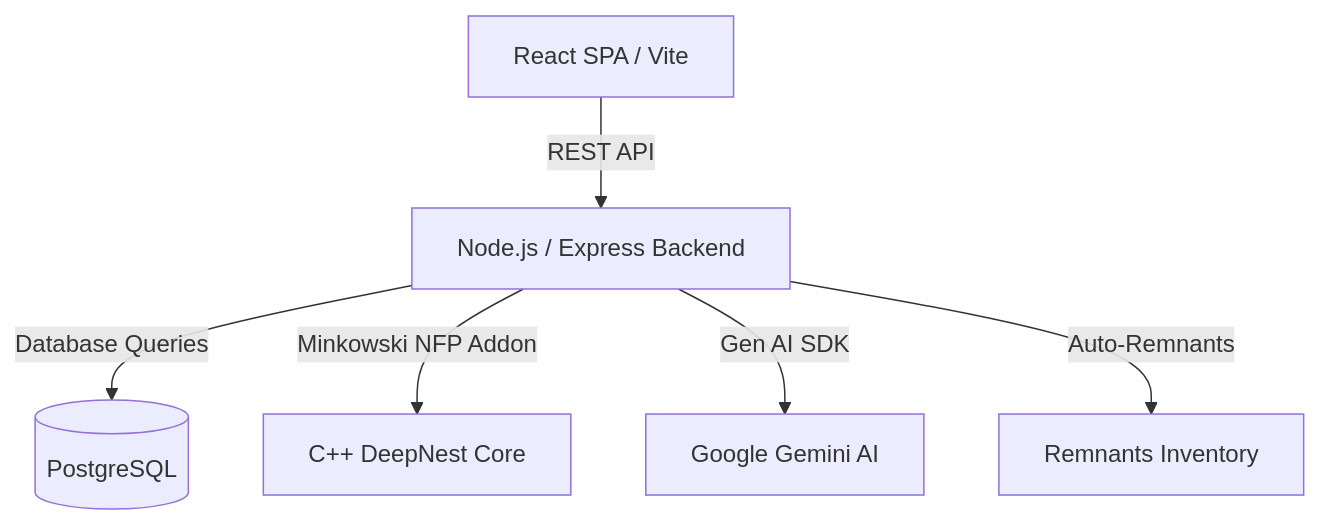
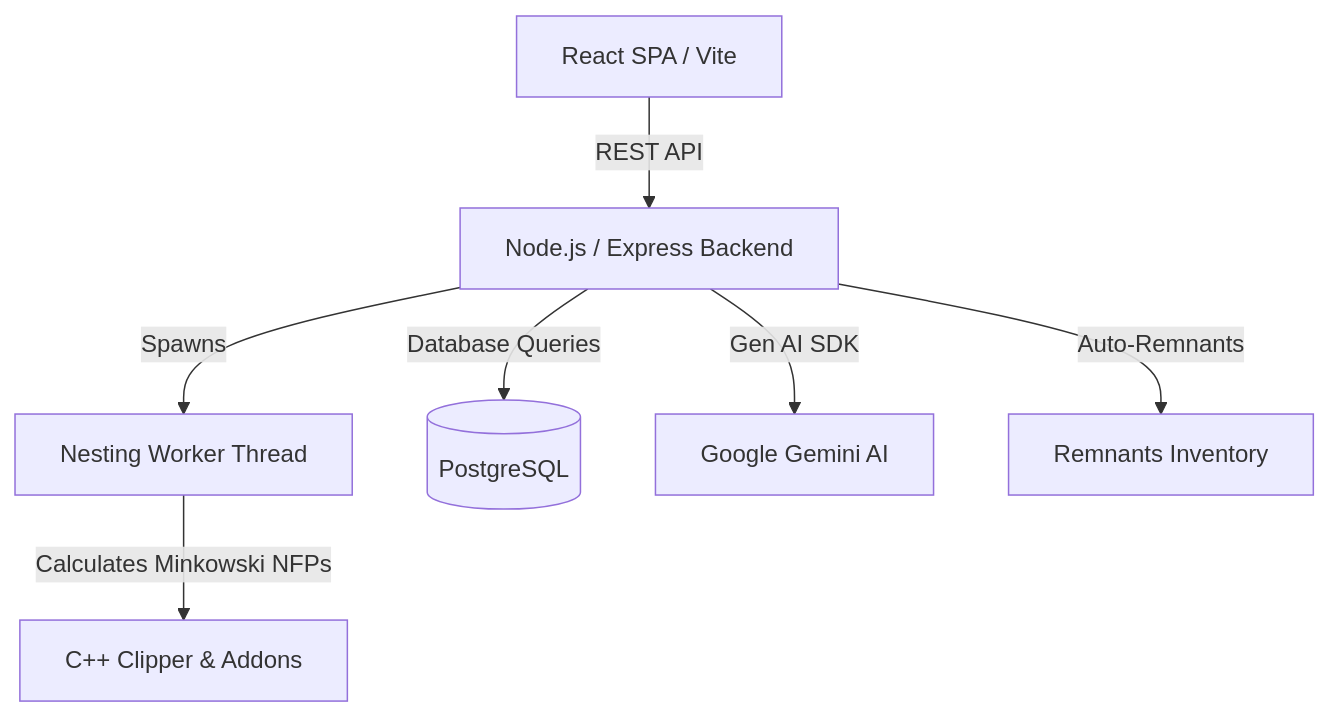
Before and after one commit to Itsshakthinathans/SmartNest-AI: the second of 2 diagrams in README.md, drawn with Mermaid. The commit also changed other lines of this file and 11 other files, not shown here.

Commit message:
docs & arch: Decouple polling loop, offload DeepNest calculations to worker thread, and update README

````diff
--- a/README.md
+++ b/README.md
@@ -122,8 +156,9 @@
 ```mermaid
 graph TD
     A[React SPA / Vite] -->|REST API| B[Node.js / Express Backend]
+    B -->|Spawns| W[Nesting Worker Thread]
+    W -->|Calculates Minkowski NFPs| D[C++ Clipper & Addons]
     B -->|Database Queries| C[(PostgreSQL)]
-    B -->|Minkowski NFP Addon| D[C++ DeepNest Core]
     B -->|Gen AI SDK| E[Google Gemini AI]
     B -->|Auto-Remnants| F[Remnants Inventory]
 ```
````
